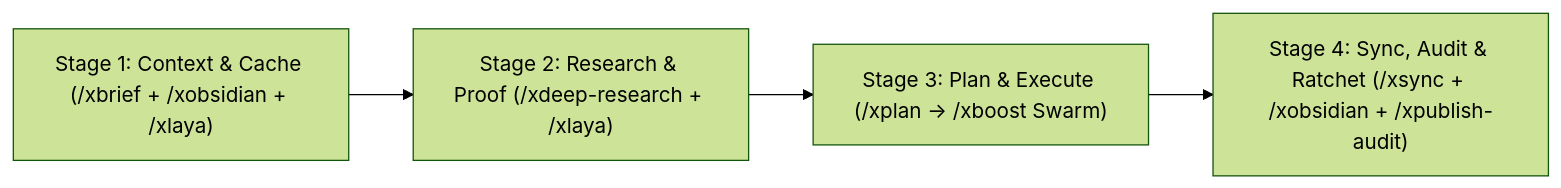
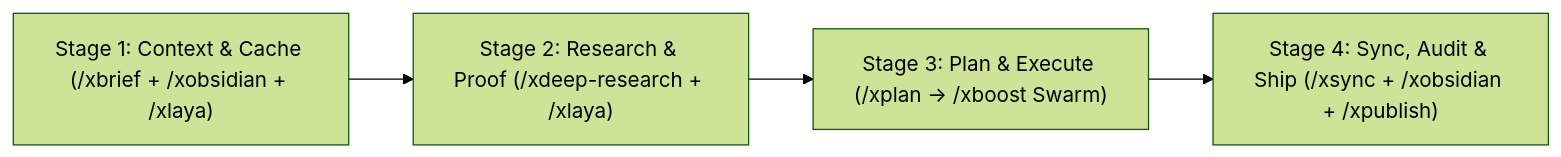
Before and after one commit to iscvlab/boostx: the diagram in skills/xultra/SKILL.md, drawn with Mermaid (forest theme). The commit also changed other lines of this file and 24 other files, not shown here.

Commit message:
feat(xpublish,xsync): unify /xpublish (v1.3, --platform pr) and add /xsync --federated up-tree mirror audit

````diff
--- a/skills/xultra/SKILL.md
+++ b/skills/xultra/SKILL.md
@@ -61,6 +62,6 @@
 ```mermaid
 flowchart LR
     S1["Stage 1: Context & Cache (/xbrief + /xobsidian + /xlaya)"] --> S2["Stage 2: Research & Proof (/xdeep-research + /xlaya)"]
     S2 --> S3["Stage 3: Plan & Execute (/xplan -> /xboost Swarm)"]
-    S3 --> S4["Stage 4: Sync, Audit & Ratchet (/xsync + /xobsidian + /xpublish-audit)"]
+    S3 --> S4["Stage 4: Sync, Audit & Ship (/xsync + /xobsidian + /xpublish)"]
 ```
````
